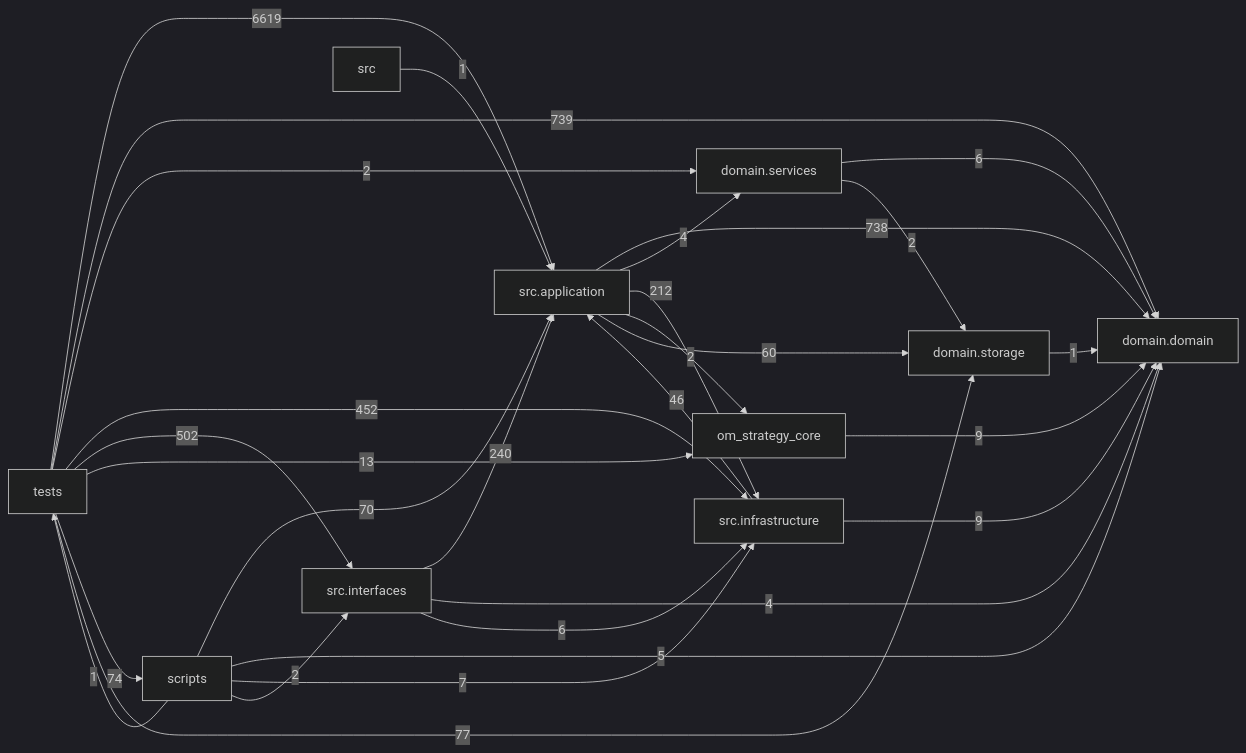
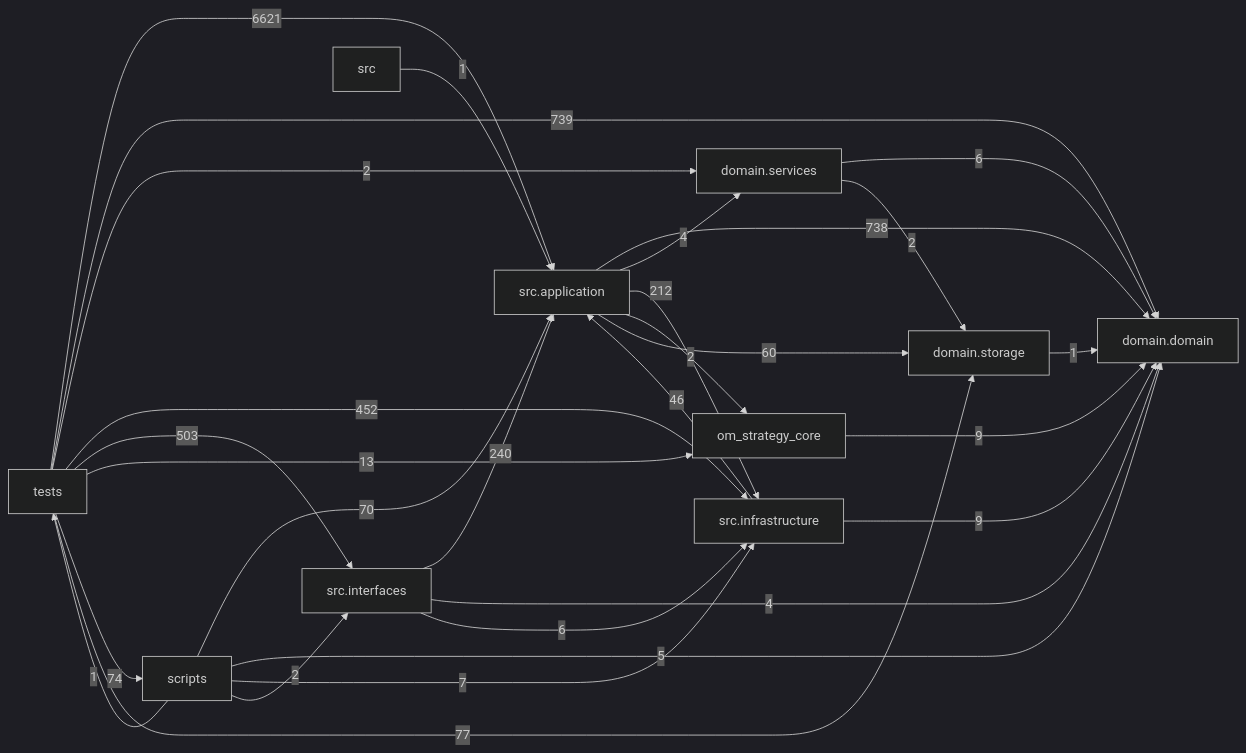
Before and after one commit to liuxie066/options-monitor: the diagram in docs/DEPENDENCY_GRAPH.md, drawn with Mermaid (dark theme). The commit also changed other lines of this file and 3 other files, not shown here.

````diff
--- a/docs/DEPENDENCY_GRAPH.md
+++ b/docs/DEPENDENCY_GRAPH.md
@@ -24,39 +24,39 @@
 ```mermaid
 flowchart LR
   tests["tests"]
   scripts["scripts"]
   interfaces["src.interfaces"]
   application["src.application"]
   infrastructure["src.infrastructure"]
   domain_services["domain.services"]
   domain["domain.domain"]
   storage["domain.storage"]
   application -->|738| domain
   application -->|4| domain_services
   application -->|212| infrastructure
   application -->|2| om_strategy_core
   application -->|60| storage
   domain_services -->|6| domain
   domain_services -->|2| storage
   infrastructure -->|46| application
   infrastructure -->|9| domain
   interfaces -->|240| application
   interfaces -->|4| domain
   interfaces -->|6| infrastructure
   om_strategy_core -->|9| domain
   scripts -->|70| application
   scripts -->|5| domain
   scripts -->|7| infrastructure
   scripts -->|2| interfaces
   scripts -->|1| tests
   src -->|1| application
   storage -->|1| domain
-  tests -->|6619| application
+  tests -->|6621| application
   tests -->|739| domain
   tests -->|2| domain_services
   tests -->|452| infrastructure
-  tests -->|502| interfaces
+  tests -->|503| interfaces
   tests -->|13| om_strategy_core
   tests -->|74| scripts
   tests -->|77| storage
 ```
````
